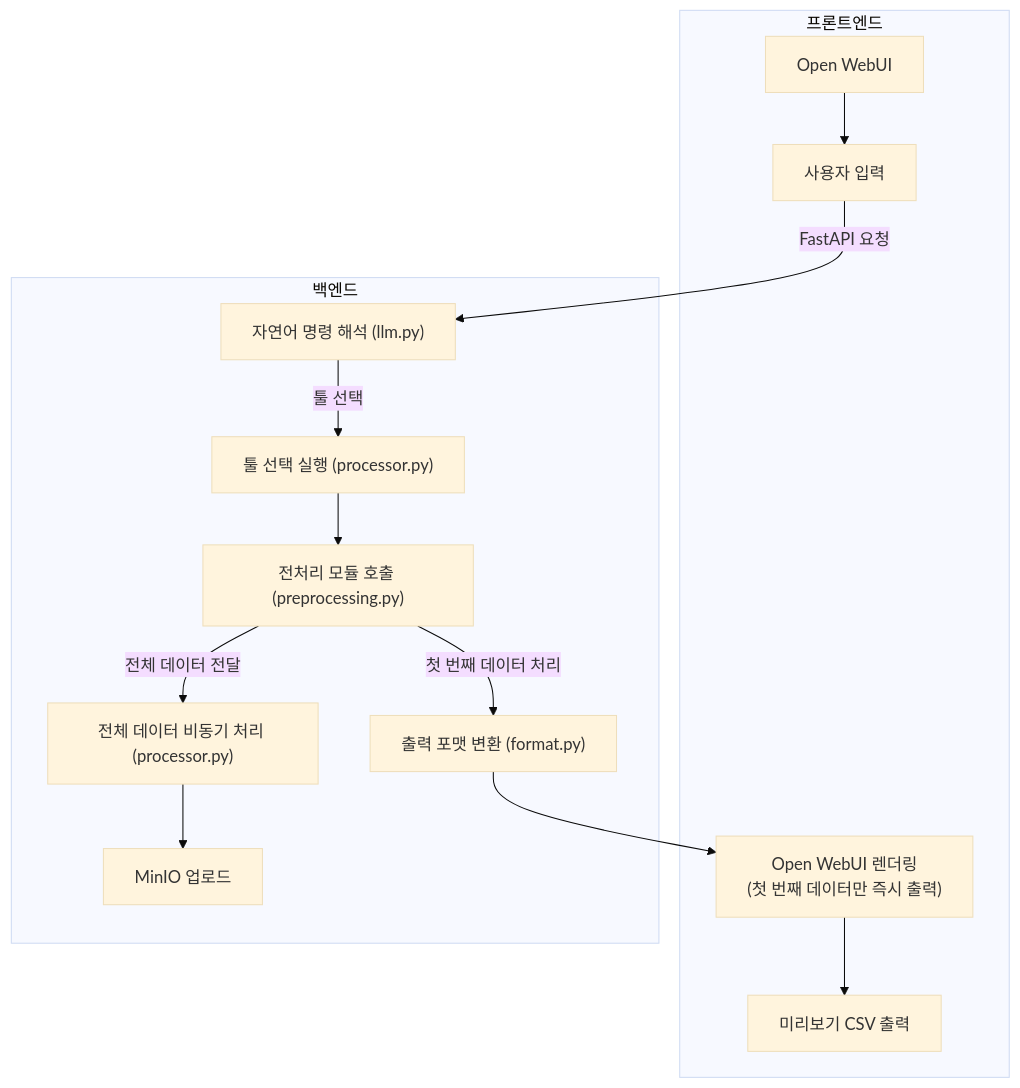
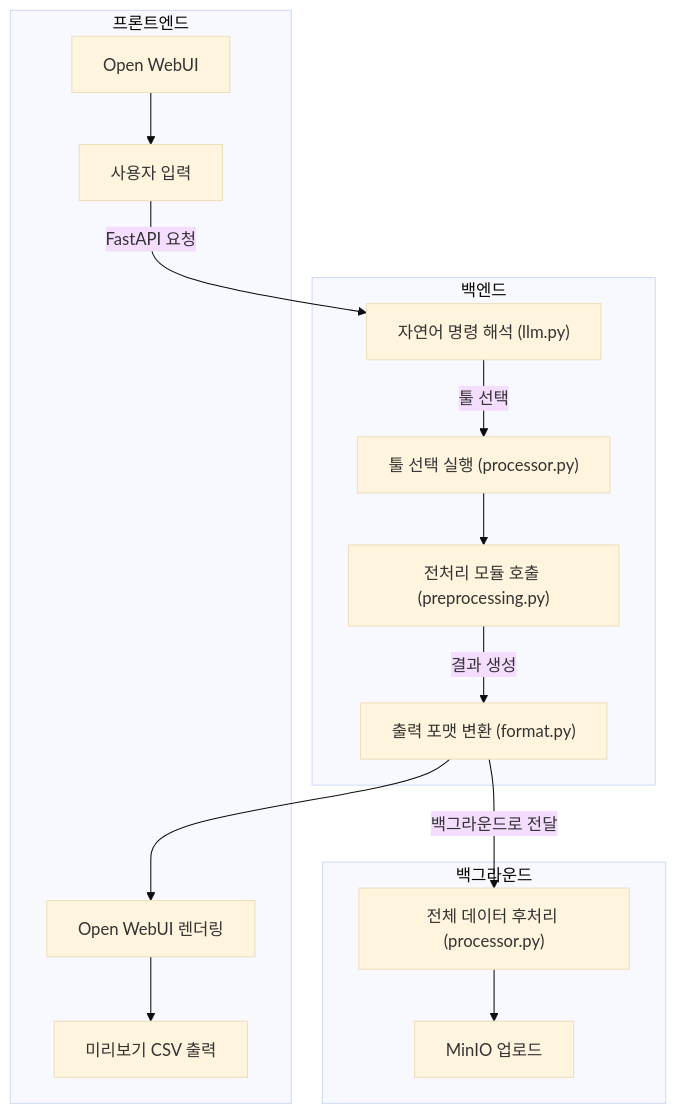
The diagram in readme.md (WO2IN/posAppSystem), drawn with Mermaid (base theme) before and after one commit.

````diff
--- a/readme.md
+++ b/readme.md
@@ -1,33 +1,36 @@
 ```mermaid
 flowchart TD
 
 %% 프론트엔드 영역
 subgraph FE [프론트엔드]
     A1["Open WebUI"]
     A2["사용자 입력"]
-    A3["Open WebUI 렌더링<br>(첫 번째 데이터만 즉시 출력)"]
+    A3["Open WebUI 렌더링"]
     A4["미리보기 CSV 출력"]
 end
 
 %% 백엔드 영역
 subgraph BE [백엔드]
     B1["자연어 명령 해석 (llm.py)"]
     B2["툴 선택 실행 (processor.py)"]
     B3["전처리 모듈 호출 (preprocessing.py)"]
     B4["출력 포맷 변환 (format.py)"]
-    B5["전체 데이터 비동기 처리 (processor.py)"]
-    B6["MinIO 업로드"]
+end
+
+%% 백그라운드 영역
+subgraph BG [백그라운드]
+    C2["전체 데이터 후처리 (processor.py)"]
+    C3["MinIO 업로드"]
 end
 
 %% 흐름 연결
 A1 --> A2
 A2 -->|FastAPI 요청| B1
 B1 -->|툴 선택| B2
 B2 --> B3
-B3 -->|첫 번째 데이터 처리| B4
+B3 -->|결과 생성| B4
 B4 --> A3
 A3 --> A4
-
-B3 -->|전체 데이터 전달| B5
-B5 --> B6
+B4 -->|백그라운드로 전달| C2
+C2 --> C3
 ```
````
